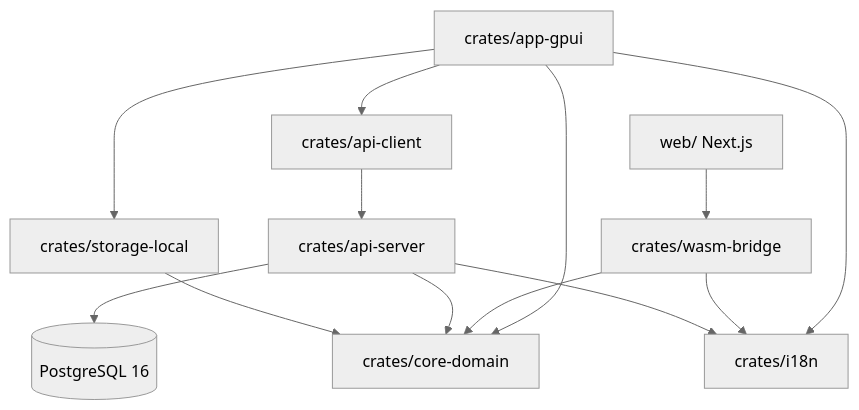
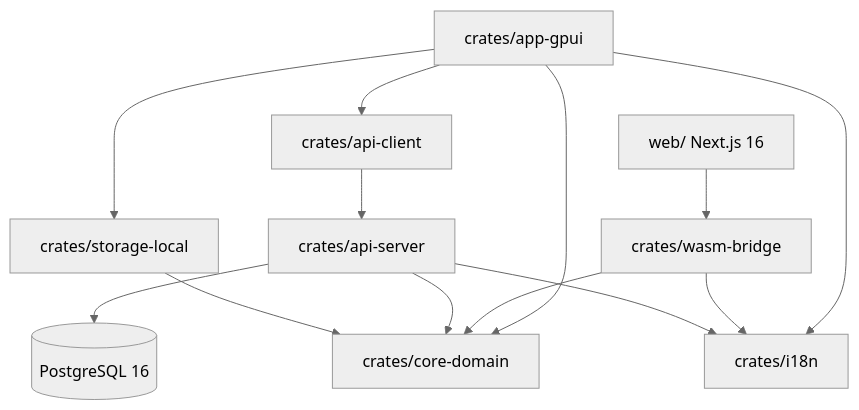
One commit to brunorwanda4/umuryango-ledger changed the diagram in .context/architecture-context.md. Above: the diagram before and after it, drawn with Mermaid (neutral theme). The commit also changed other lines of this file and 18 other files, not shown here.

````diff
--- a/.context/architecture-context.md
+++ b/.context/architecture-context.md
@@ -35,18 +50,18 @@
 ```mermaid
 graph TD
     UI_GPUI[crates/app-gpui] --> Client[crates/api-client]
     UI_GPUI --> Storage[crates/storage-local]
     UI_GPUI --> Core[crates/core-domain]
     UI_GPUI --> I18N[crates/i18n]
 
-    Web[web/ Next.js] --> WASM[crates/wasm-bridge]
+    Web[web/ Next.js 16] --> WASM[crates/wasm-bridge]
     WASM --> Core
     WASM --> I18N
 
     Server[crates/api-server] --> Core
     Server --> I18N
     Server --> DB[(PostgreSQL 16)]
 
     Client --> Server
     Storage --> Core
 ```
````
